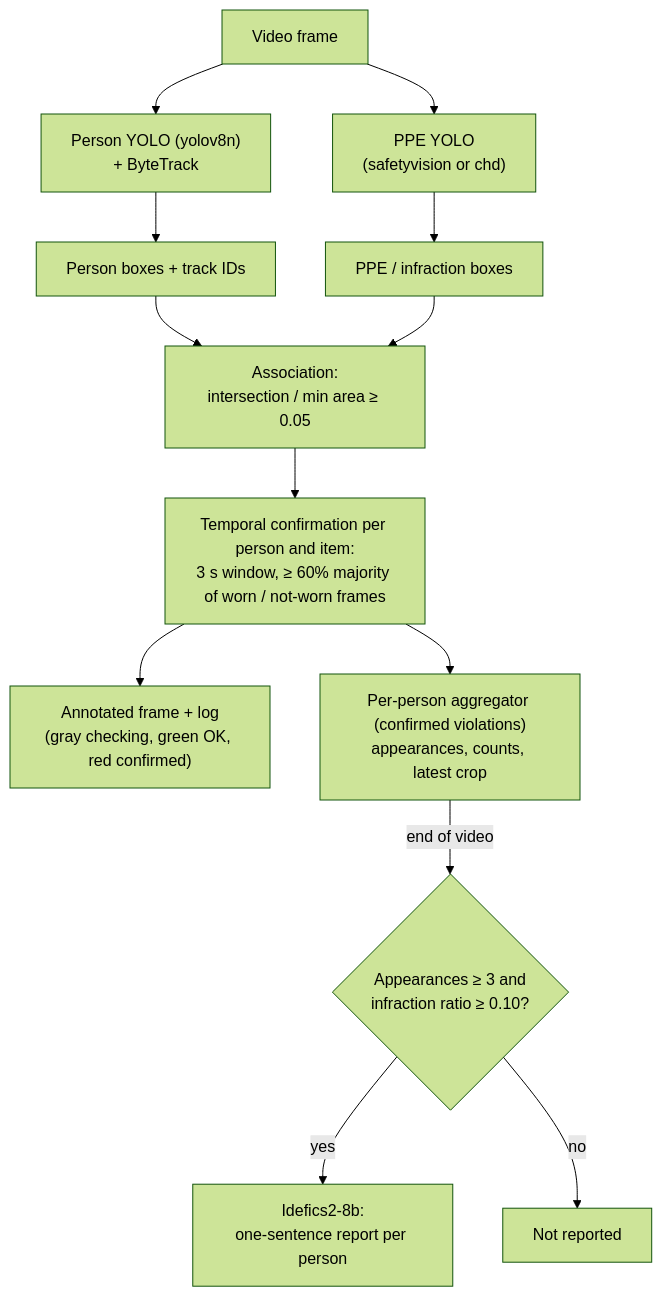
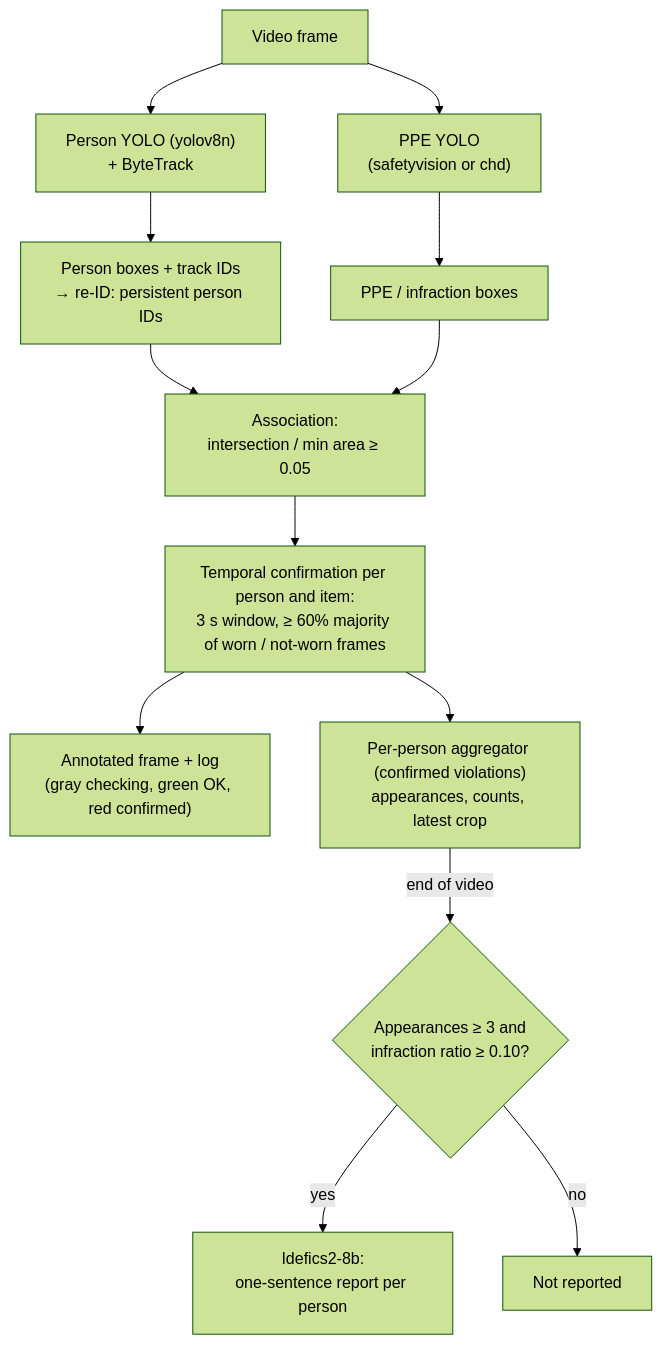
Before and after one commit to karemdm/ppe-compliance-vlm: the diagram in docs/how-it-works.md, drawn with Mermaid (forest theme). The commit also changed other lines of this file, not shown here.

Commit message:
docs: describe person re-identification

````diff
--- a/docs/how-it-works.md
+++ b/docs/how-it-works.md
@@ -6,15 +6,15 @@
 ```mermaid
 flowchart TD
     A["Video frame"] --> B["Person YOLO (yolov8n)<br/>+ ByteTrack"]
     A --> C["PPE YOLO<br/>(safetyvision or chd)"]
-    B --> D["Person boxes + track IDs"]
+    B --> D["Person boxes + track IDs<br/>→ re-ID: persistent person IDs"]
     C --> E["PPE / infraction boxes"]
     D --> F["Association:<br/>intersection / min area ≥ 0.05"]
     E --> F
     F --> T["Temporal confirmation per person and item:<br/>3 s window, ≥ 60% majority of worn / not-worn frames"]
     T --> G["Annotated frame + log<br/>(gray checking, green OK, red confirmed)"]
     T --> H["Per-person aggregator (confirmed violations)<br/>appearances, counts, latest crop"]
     H -- end of video --> I{"Appearances ≥ 3 and<br/>infraction ratio ≥ 0.10?"}
     I -- yes --> J["Idefics2-8b:<br/>one-sentence report per person"]
     I -- no --> K["Not reported"]
 ```
````
